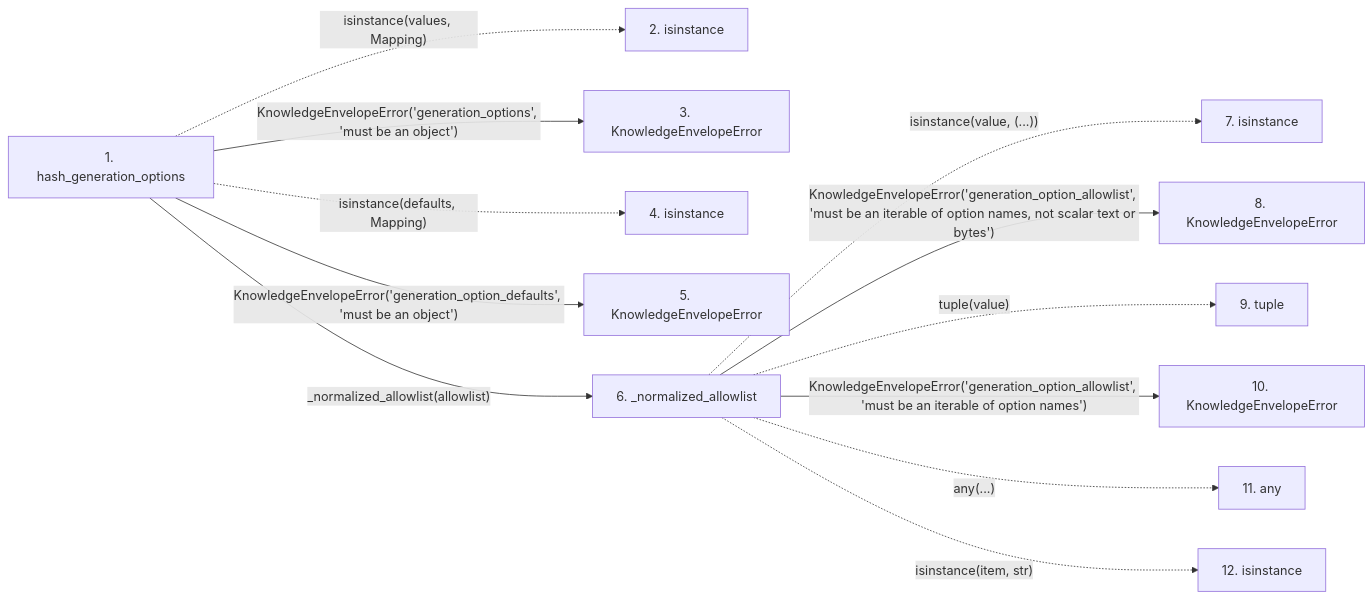
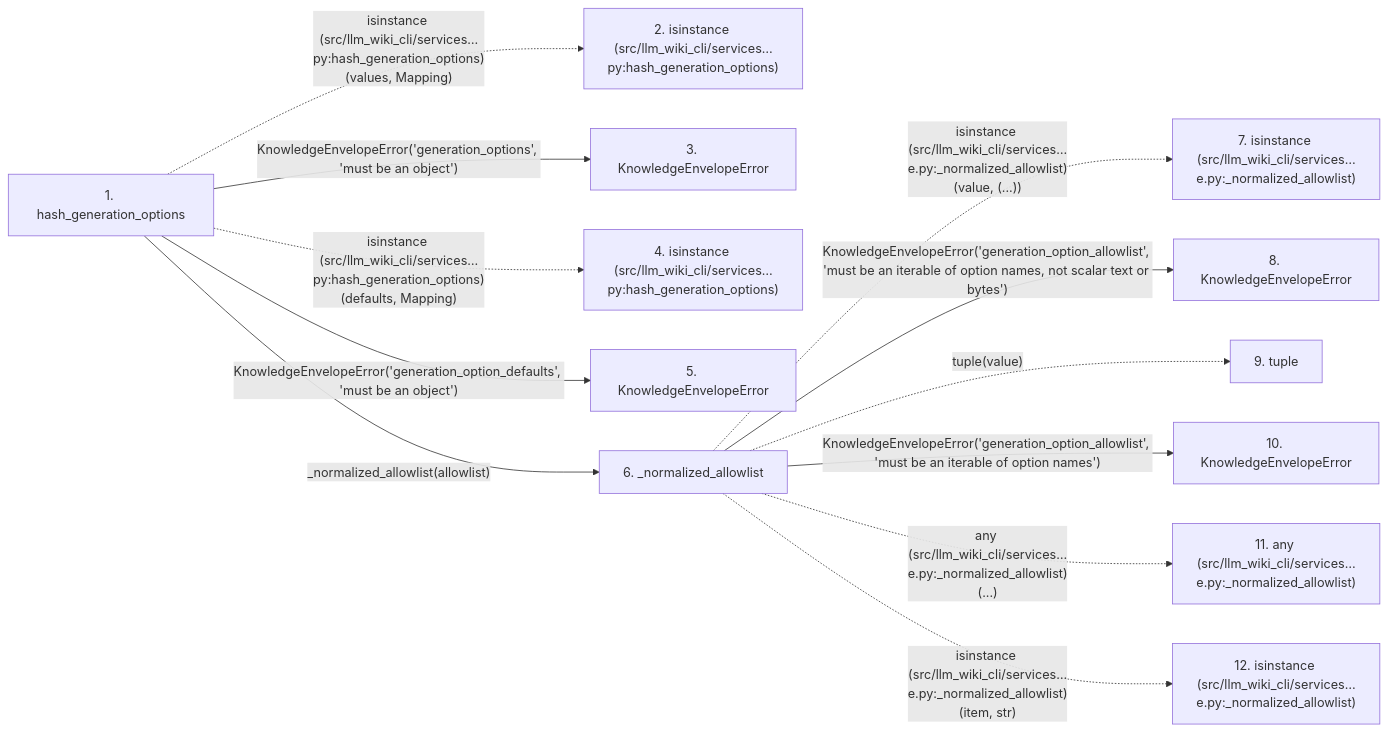
One commit to Denissvgn/python-wiki-llm changed the second of 2 diagrams in docs/llm_wiki/flows/api-hash_generation_options.md. Above: the diagram before and after it, drawn with Mermaid. The commit also changed other lines of this file and 719 other files, not shown here.

````diff
--- a/docs/llm_wiki/flows/api-hash_generation_options.md
+++ b/docs/llm_wiki/flows/api-hash_generation_options.md
@@ -61,32 +66,32 @@
 ```mermaid
 flowchart LR
     s1["1. hash_generation_options"]
-    s2["2. isinstance"]
+    s2["2. isinstance (src/llm_wiki_cli/services…py:hash_generation_options)"]
     s3["3. KnowledgeEnvelopeError"]
-    s4["4. isinstance"]
+    s4["4. isinstance (src/llm_wiki_cli/services…py:hash_generation_options)"]
     s5["5. KnowledgeEnvelopeError"]
     s6["6. _normalized_allowlist"]
-    s7["7. isinstance"]
+    s7["7. isinstance (src/llm_wiki_cli/services…e.py:_normalized_allowlist)"]
     s8["8. KnowledgeEnvelopeError"]
     s9["9. tuple"]
     s10["10. KnowledgeEnvelopeError"]
-    s11["11. any"]
-    s12["12. isinstance"]
-    s1 -. "isinstance(values, Mapping)" .-> s2
+    s11["11. any (src/llm_wiki_cli/services…e.py:_normalized_allowlist)"]
+    s12["12. isinstance (src/llm_wiki_cli/services…e.py:_normalized_allowlist)"]
+    s1 -. "isinstance (src/llm_wiki_cli/services…py:hash_generation_options)(values, Mapping)" .-> s2
     s1 -->|"KnowledgeEnvelopeError('generation_options', 'must be an object')"| s3
-    s1 -. "isinstance(defaults, Mapping)" .-> s4
+    s1 -. "isinstance (src/llm_wiki_cli/services…py:hash_generation_options)(defaults, Mapping)" .-> s4
     s1 -->|"KnowledgeEnvelopeError('generation_option_defaults', 'must be an object')"| s5
     s1 -->|"_normalized_allowlist(allowlist)"| s6
-    s6 -. "isinstance(value, (...))" .-> s7
+    s6 -. "isinstance (src/llm_wiki_cli/services…e.py:_normalized_allowlist)(value, (...))" .-> s7
     s6 -->|"KnowledgeEnvelopeError('generation_option_allowlist', 'must be an iterable of option names, not scalar text or bytes')"| s8
     s6 -. "tuple(value)" .-> s9
     s6 -->|"KnowledgeEnvelopeError('generation_option_allowlist', 'must be an iterable of option names')"| s10
-    s6 -. "any(...)" .-> s11
-    s6 -. "isinstance(item, str)" .-> s12
+    s6 -. "any (src/llm_wiki_cli/services…e.py:_normalized_allowlist)(...)" .-> s11
+    s6 -. "isinstance (src/llm_wiki_cli/services…e.py:_normalized_allowlist)(item, str)" .-> s12
     click s1 "../modules/knowledge_envelope.md"
     click s3 "../modules/knowledge_envelope.md"
     click s5 "../modules/knowledge_envelope.md"
     click s6 "../modules/knowledge_envelope.md"
     click s8 "../modules/knowledge_envelope.md"
     click s10 "../modules/knowledge_envelope.md"
 ```
````
